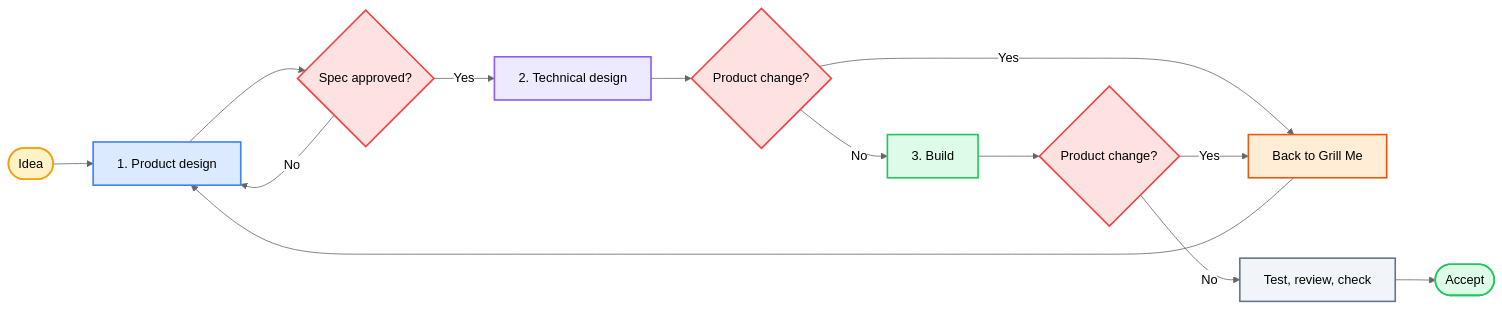
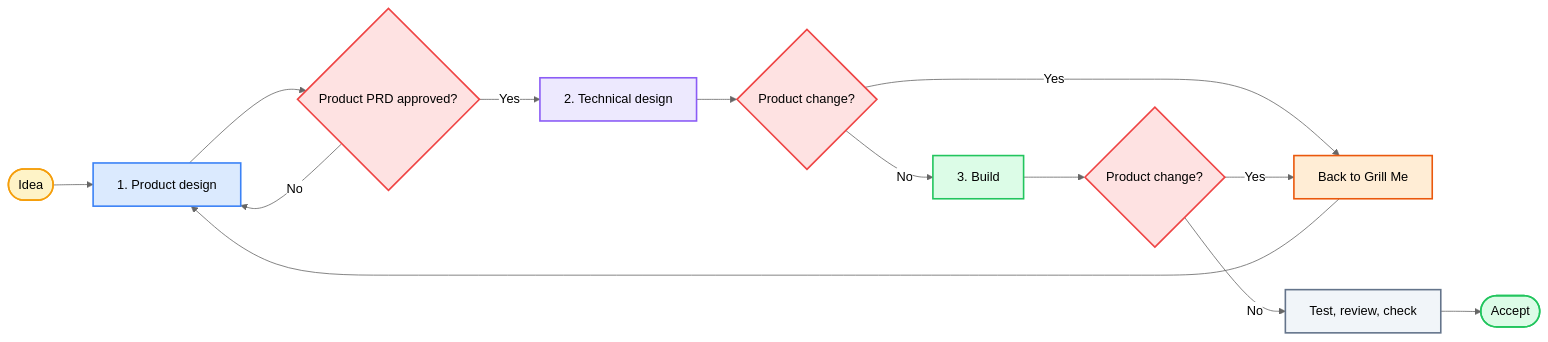
Before and after one commit to okht/grill-powers: the diagram in README.md, drawn with Mermaid (neutral theme). The commit also changed other lines of this file and 7 other files, not shown here.

Commit message:
Define product-only PRD handoff

````diff
--- a/README.md
+++ b/README.md
@@ -128,26 +139,26 @@
 ```mermaid
 flowchart LR
     I(["Idea"]) --> P["1. Product design"]
-    P --> S{"Spec approved?"}
+    P --> S{"Product PRD approved?"}
     S -- "No" --> P
     S -- "Yes" --> T["2. Technical design"]
     T --> C{"Product change?"}
     C -- "Yes" --> R["Back to Grill Me"]
     R --> P
     C -- "No" --> D["3. Build"]
     D --> M{"Product change?"}
     M -- "Yes" --> R
     M -- "No" --> V["Test, review, check"]
     V --> A(["Accept"])
 
     style I fill:#FEF3C7,stroke:#F59E0B,stroke-width:2px,color:#000
     style P fill:#DBEAFE,stroke:#3B82F6,stroke-width:2px,color:#000
     style S fill:#FEE2E2,stroke:#EF4444,stroke-width:2px,color:#000
     style T fill:#EDE9FE,stroke:#8B5CF6,stroke-width:2px,color:#000
     style C fill:#FEE2E2,stroke:#EF4444,stroke-width:2px,color:#000
     style R fill:#FFEDD5,stroke:#EA580C,stroke-width:2px,color:#000
     style D fill:#DCFCE7,stroke:#22C55E,stroke-width:2px,color:#000
     style M fill:#FEE2E2,stroke:#EF4444,stroke-width:2px,color:#000
     style V fill:#F1F5F9,stroke:#64748B,stroke-width:2px,color:#000
     style A fill:#DCFCE7,stroke:#22C55E,stroke-width:2px,color:#000
 ```
````
